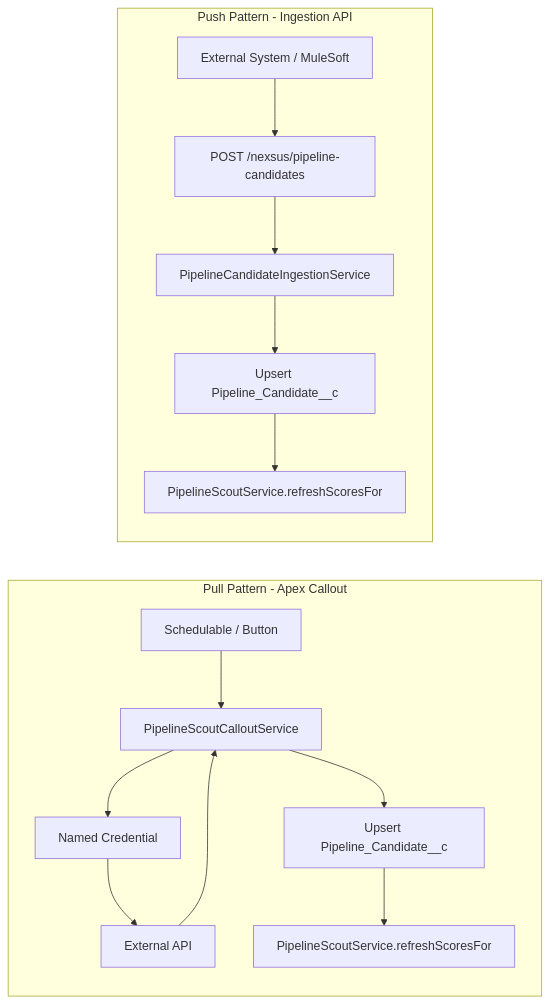
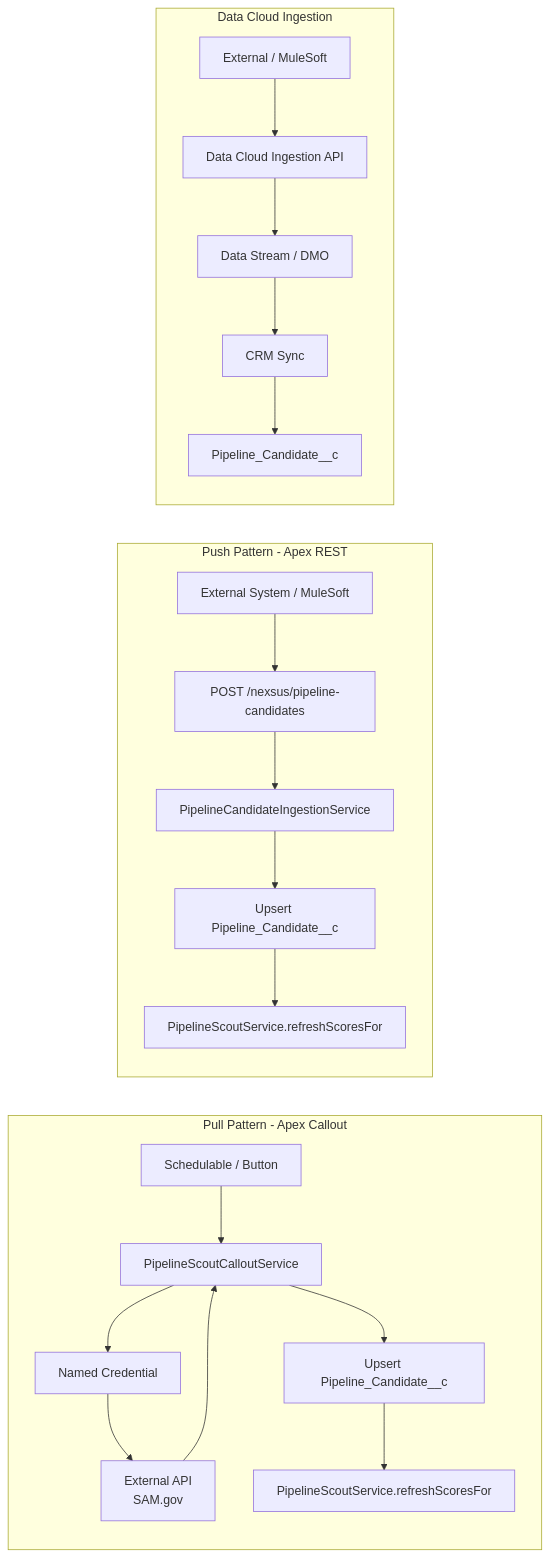
The second of 8 diagrams in docs/diagrams.md (Hectorcaban-sudo/Nexsus-GovSearch), drawn with Mermaid before and after one commit. The commit also changed other lines of this file and 1 other file, not shown here.

Commit message:
Add Data Cloud Ingestion API guidance, SAM.gov mappings, and updated diagrams

````diff
--- a/docs/diagrams.md
+++ b/docs/diagrams.md
@@ -63,31 +75,44 @@
 ```mermaid
 flowchart LR
     subgraph Pull["Pull Pattern - Apex Callout"]
         Sched[Schedulable / Button]
         CalloutSvc[PipelineScoutCalloutService]
         NamedCred[Named Credential]
-        ExtAPI[External API]
+        ExtAPI[External API<br/>SAM.gov]
         Upsert1[Upsert Pipeline_Candidate__c]
         Score1[PipelineScoutService.refreshScoresFor]
     end
 
     Sched --> CalloutSvc
     CalloutSvc --> NamedCred
     NamedCred --> ExtAPI
     ExtAPI --> CalloutSvc
     CalloutSvc --> Upsert1
     Upsert1 --> Score1
 
-    subgraph Push["Push Pattern - Ingestion API"]
+    subgraph Push["Push Pattern - Apex REST"]
         ExtSys[External System / MuleSoft]
         REST[POST /nexsus/pipeline-candidates]
         IngestSvc[PipelineCandidateIngestionService]
         Upsert2[Upsert Pipeline_Candidate__c]
         Score2[PipelineScoutService.refreshScoresFor]
     end
 
     ExtSys --> REST
     REST --> IngestSvc
     IngestSvc --> Upsert2
     Upsert2 --> Score2
+
+    subgraph DataCloudPath["Data Cloud Ingestion"]
+        ExtOrMule[External / MuleSoft]
+        DCAPI[Data Cloud Ingestion API]
+        DMO[Data Stream / DMO]
+        Sync[CRM Sync]
+        PC3[Pipeline_Candidate__c]
+    end
+
+    ExtOrMule --> DCAPI
+    DCAPI --> DMO
+    DMO --> Sync
+    Sync --> PC3
 ```
````
